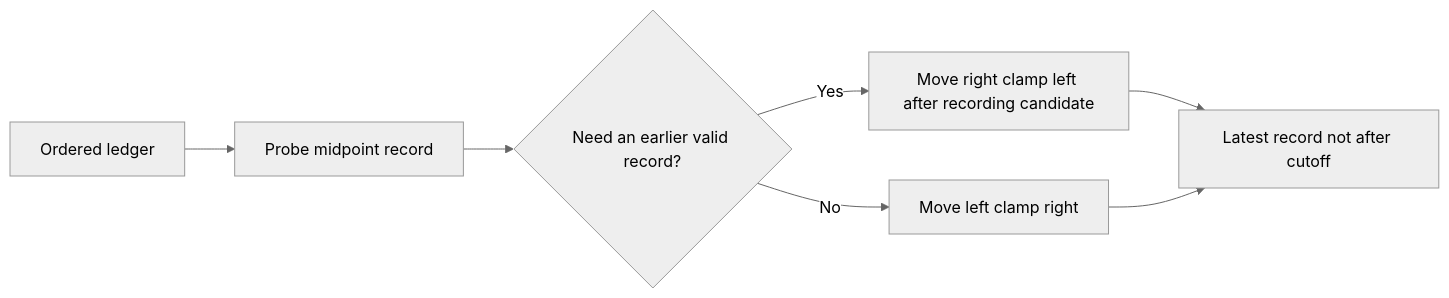
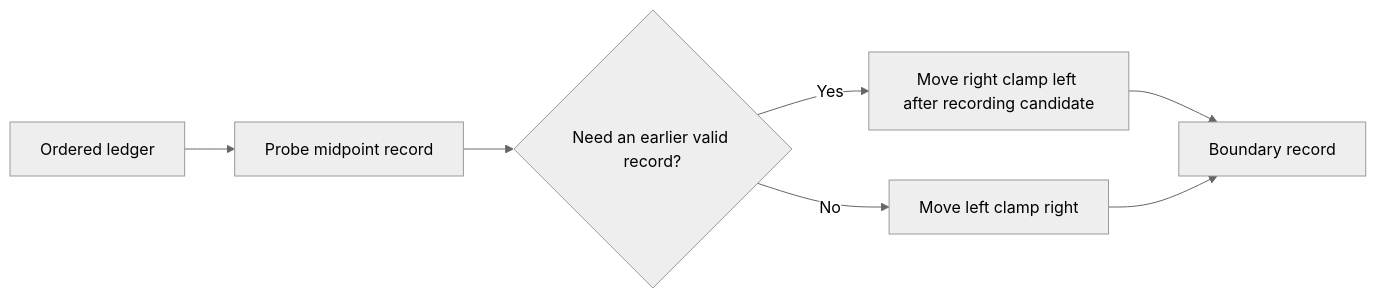
One commit to snesjhon/for-humans changed the second of 4 diagrams in src/app/dsa/fundamentals/binary-search/binary-search-fundamentals.md. Above: the diagram before and after it, drawn with Mermaid (neutral theme). The commit also changed other lines of this file and 57 other files, not shown here.

````diff
--- a/src/app/dsa/fundamentals/binary-search/binary-search-fundamentals.md
+++ b/src/app/dsa/fundamentals/binary-search/binary-search-fundamentals.md
@@ -188,9 +244,9 @@
 ```mermaid
 graph LR
     Ledger[Ordered ledger] --> Probe[Probe midpoint record]
     Probe --> Earlier{Need an earlier valid record?}
     Earlier -- Yes --> Left[Move right clamp left after recording candidate]
     Earlier -- No --> Right[Move left clamp right]
-    Left --> Answer[Latest record not after cutoff]
+    Left --> Answer[Boundary record]
     Right --> Answer
 ```
````
